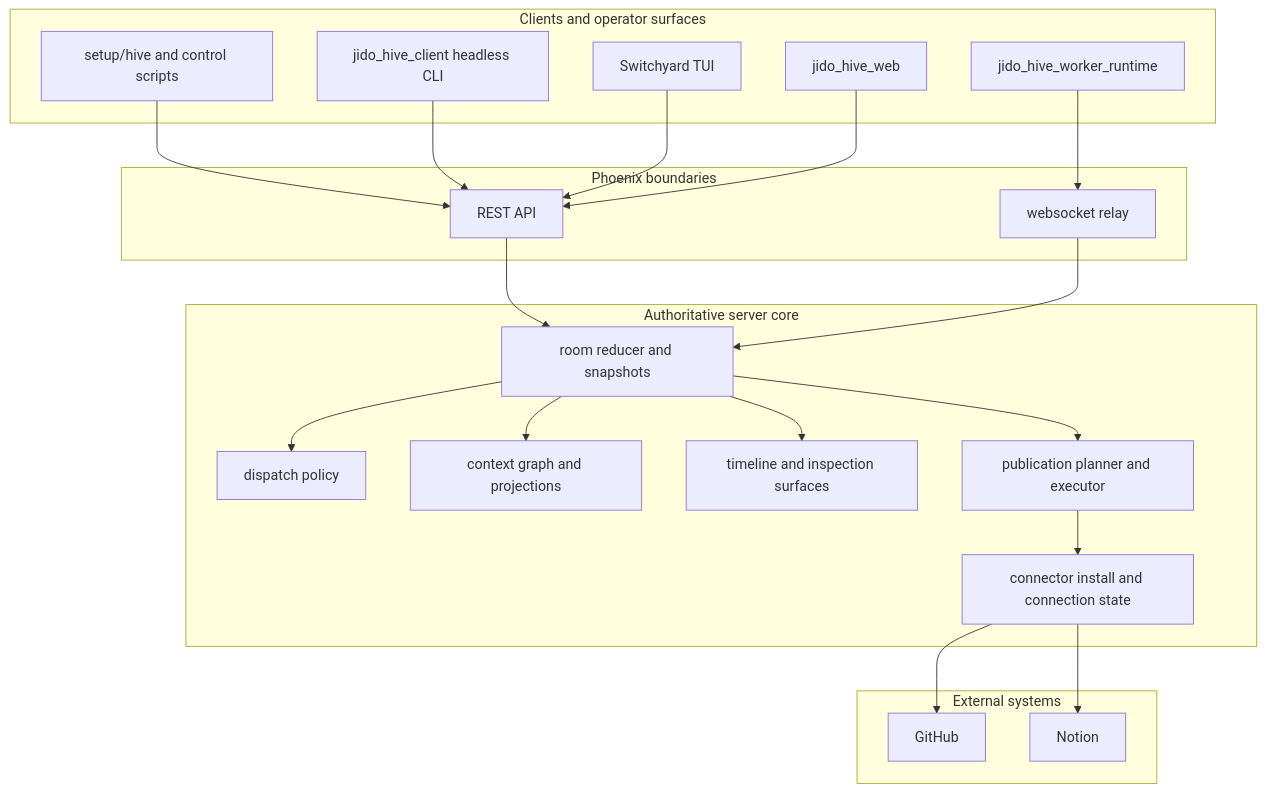
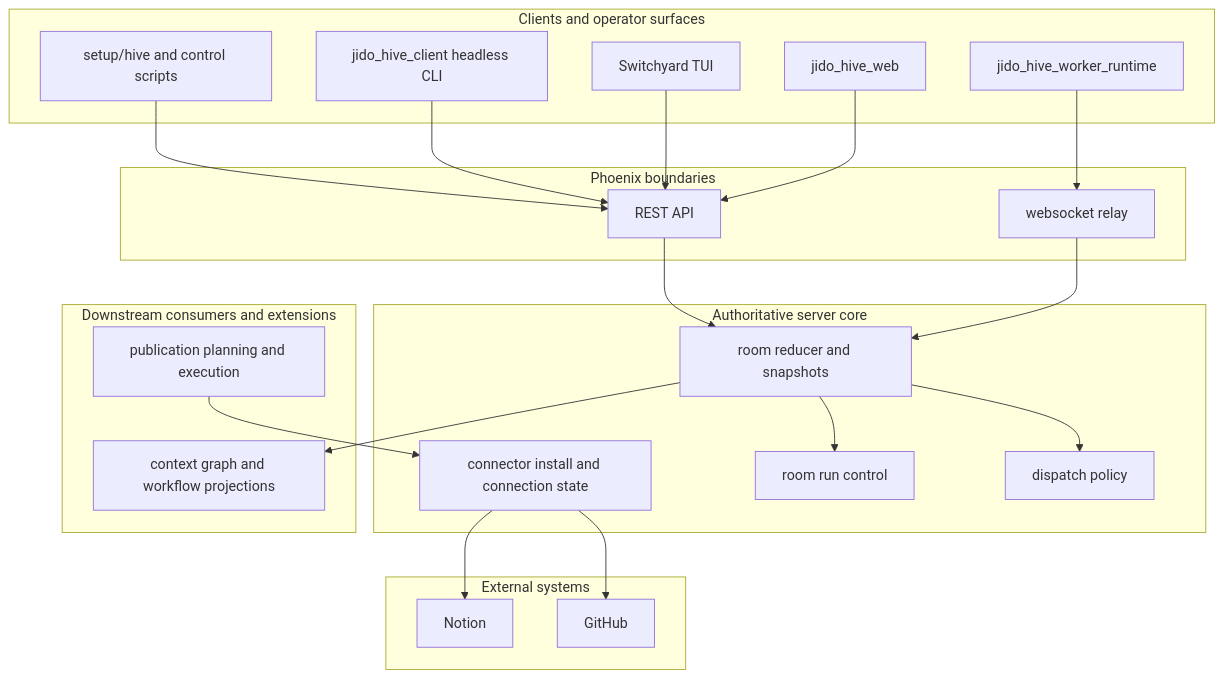
One commit to nshkrdotcom/jido_hive changed the diagram in jido_hive_server/README.md. Above: the diagram before and after it, drawn with Mermaid. The commit also changed other lines of this file and 180 other files, not shown here.

````diff
--- a/jido_hive_server/README.md
+++ b/jido_hive_server/README.md
@@ -61,44 +61,46 @@
 ```mermaid
 flowchart TB
     subgraph Surfaces[Clients and operator surfaces]
       Control[setup/hive and control scripts]
       Headless[jido_hive_client headless CLI]
       Console[Switchyard TUI]
       Web[jido_hive_web]
       Workers[jido_hive_worker_runtime]
     end
 
     subgraph Transport[Phoenix boundaries]
       API[REST API]
       Relay[websocket relay]
     end
 
     subgraph Core[Authoritative server core]
       Rooms[room reducer and snapshots]
       Policy[dispatch policy]
-      Context[context graph and projections]
-      Timeline[timeline and inspection surfaces]
-      Publish[publication planner and executor]
+      RoomRuns[room run control]
       Connectors[connector install and connection state]
+    end
+
+    subgraph Extensions[Downstream consumers and extensions]
+      Context[context graph and workflow projections]
+      Publish[publication planning and execution]
     end
 
     subgraph External[External systems]
       GitHub[GitHub]
       Notion[Notion]
     end
 
     Control --> API
     Headless --> API
     Console --> API
     Web --> API
     Workers --> Relay
     API --> Rooms
     Relay --> Rooms
     Rooms --> Policy
+    Rooms --> RoomRuns
     Rooms --> Context
-    Rooms --> Timeline
-    Rooms --> Publish
     Publish --> Connectors
     Connectors --> GitHub
     Connectors --> Notion
 ```
````
